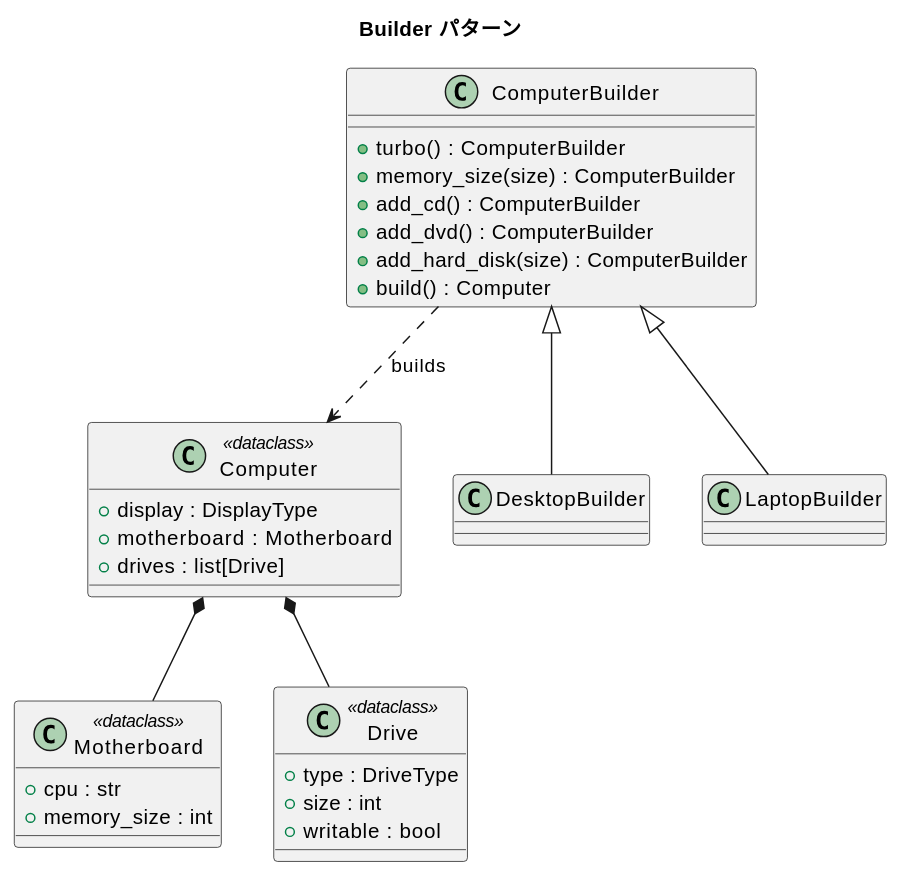
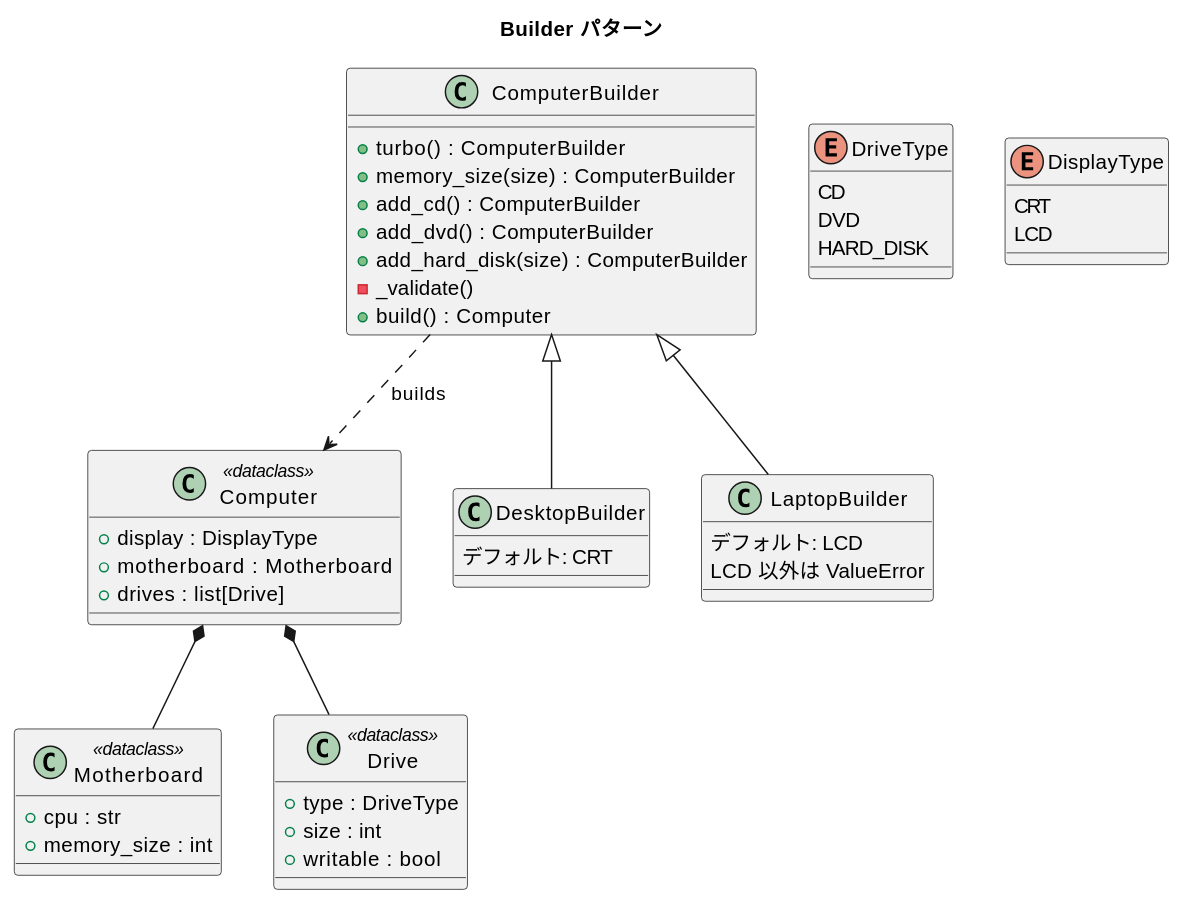
Before and after one commit to k2works/getting-started-design-pattern: the diagram in docs/article/python/15-builder.md, drawn with PlantUML. The commit also changed other lines of this file and 5 other files, not shown here.

````diff
--- a/docs/article/python/15-builder.md
+++ b/docs/article/python/15-builder.md
@@ -13,40 +13,57 @@
 ```plantuml
 @startuml
 title Builder パターン
 
 class Computer <<dataclass>> {
   + display : DisplayType
   + motherboard : Motherboard
   + drives : list[Drive]
 }
 
 class Motherboard <<dataclass>> {
   + cpu : str
   + memory_size : int
 }
 
 class Drive <<dataclass>> {
   + type : DriveType
   + size : int
   + writable : bool
 }
 
+enum DriveType {
+  CD
+  DVD
+  HARD_DISK
+}
+
+enum DisplayType {
+  CRT
+  LCD
+}
+
 class ComputerBuilder {
   + turbo() : ComputerBuilder
   + memory_size(size) : ComputerBuilder
   + add_cd() : ComputerBuilder
   + add_dvd() : ComputerBuilder
   + add_hard_disk(size) : ComputerBuilder
+  - _validate()
   + build() : Computer
 }
 
-class DesktopBuilder
-class LaptopBuilder
+class DesktopBuilder {
+  デフォルト: CRT
+}
+class LaptopBuilder {
+  デフォルト: LCD
+  LCD 以外は ValueError
+}
 
 ComputerBuilder <|-- DesktopBuilder
 ComputerBuilder <|-- LaptopBuilder
 ComputerBuilder ..> Computer : builds
 Computer *-- Motherboard
 Computer *-- Drive
 @enduml
 ```
````
